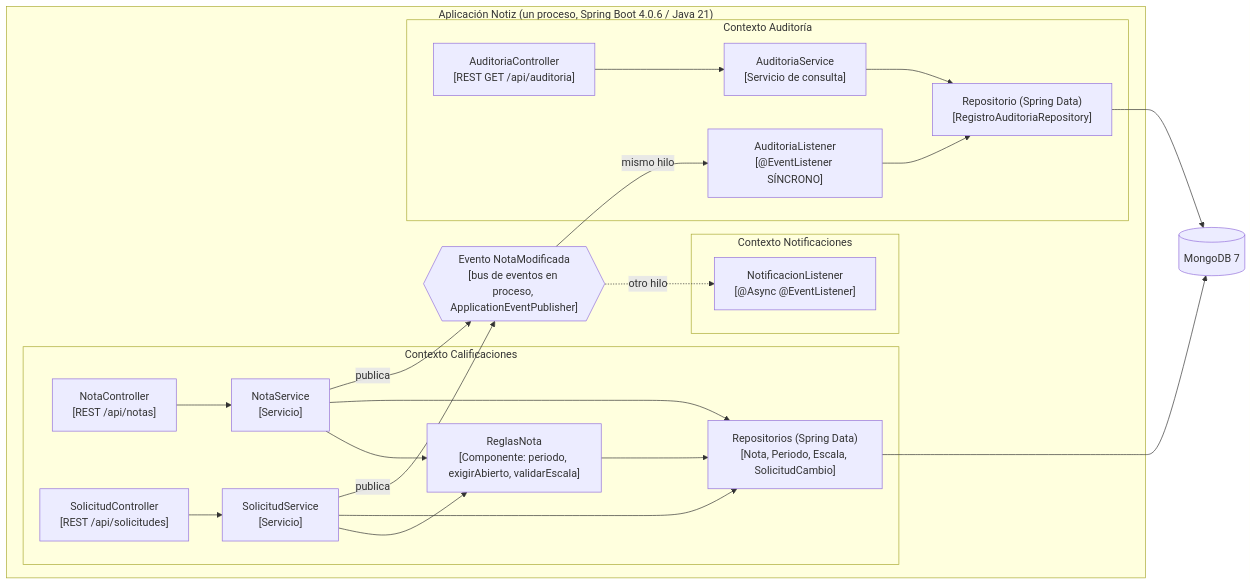
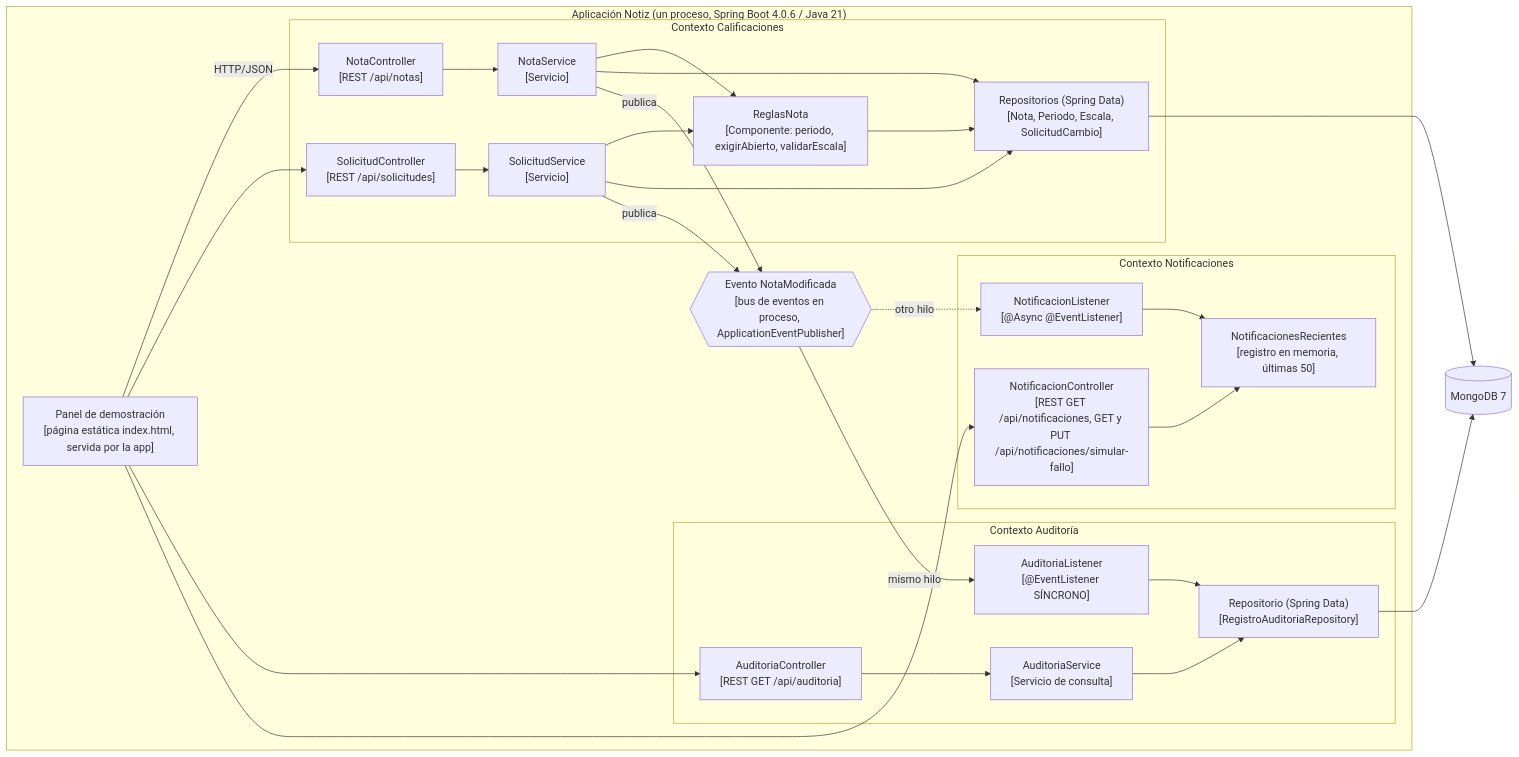
The third of 3 diagrams in Docs/05-c4.md (SoFzzz/Notiz-Java), drawn with Mermaid before and after one commit. The commit also changed other lines of this file and 17 other files, not shown here.

Commit message:
Panel de demostracion con notificaciones recientes e interruptor de fallo

````diff
--- a/Docs/05-c4.md
+++ b/Docs/05-c4.md
@@ -64,41 +66,50 @@
 ```mermaid
 flowchart LR
   subgraph app["Aplicación Notiz (un proceso, Spring Boot 4.0.6 / Java 21)"]
     subgraph cal["Contexto Calificaciones"]
       nc["NotaController<br/>[REST /api/notas]"]
       sc["SolicitudController<br/>[REST /api/solicitudes]"]
       ns["NotaService<br/>[Servicio]"]
       ss["SolicitudService<br/>[Servicio]"]
       rn["ReglasNota<br/>[Componente: periodo, exigirAbierto, validarEscala]"]
       repc["Repositorios (Spring Data)<br/>[Nota, Periodo, Escala, SolicitudCambio]"]
     end
     ev{{"Evento NotaModificada<br/>[bus de eventos en proceso, ApplicationEventPublisher]"}}
     subgraph aud["Contexto Auditoría"]
       al["AuditoriaListener<br/>[@EventListener SÍNCRONO]"]
       asv["AuditoriaService<br/>[Servicio de consulta]"]
       ac["AuditoriaController<br/>[REST GET /api/auditoria]"]
       repa["Repositorio (Spring Data)<br/>[RegistroAuditoriaRepository]"]
     end
     subgraph not["Contexto Notificaciones"]
       nl["NotificacionListener<br/>[@Async @EventListener]"]
+      nr["NotificacionesRecientes<br/>[registro en memoria, últimas 50]"]
+      nco["NotificacionController<br/>[REST GET /api/notificaciones, GET y PUT /api/notificaciones/simular-fallo]"]
     end
+    panel["Panel de demostración<br/>[página estática index.html, servida por la app]"]
   end
   db[("MongoDB 7")]
 
   nc --> ns
   sc --> ss
   ns --> rn
   ss --> rn
   ns --> repc
   ss --> repc
   rn --> repc
   ns -->|"publica"| ev
   ss -->|"publica"| ev
   ev -->|"mismo hilo"| al
   ev -.->|"otro hilo"| nl
   al --> repa
   ac --> asv
+  nl --> nr
+  nco --> nr
+  panel -->|"HTTP/JSON"| nc
+  panel --> sc
+  panel --> ac
+  panel --> nco
   asv --> repa
   repc --> db
   repa --> db
 ```
````
